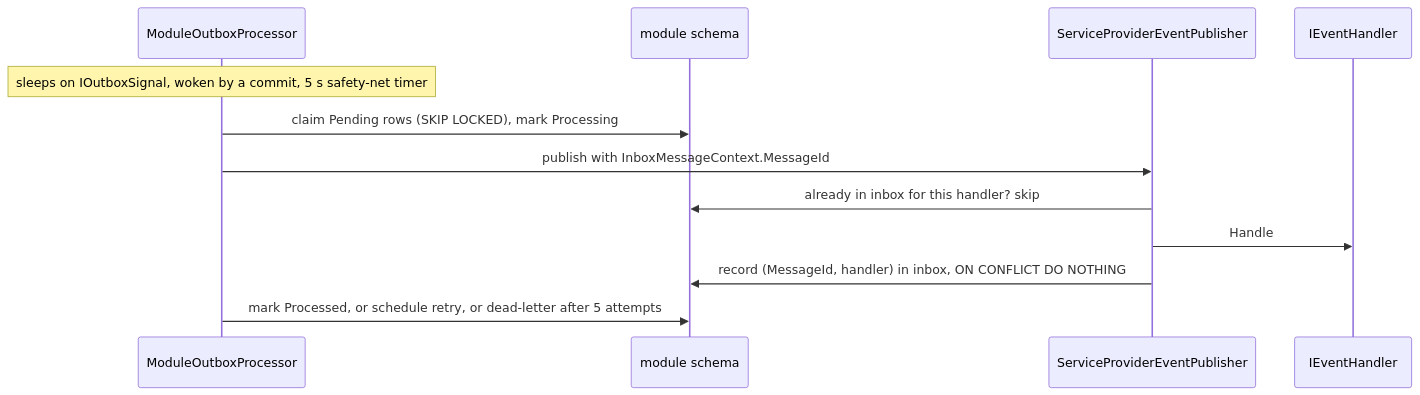
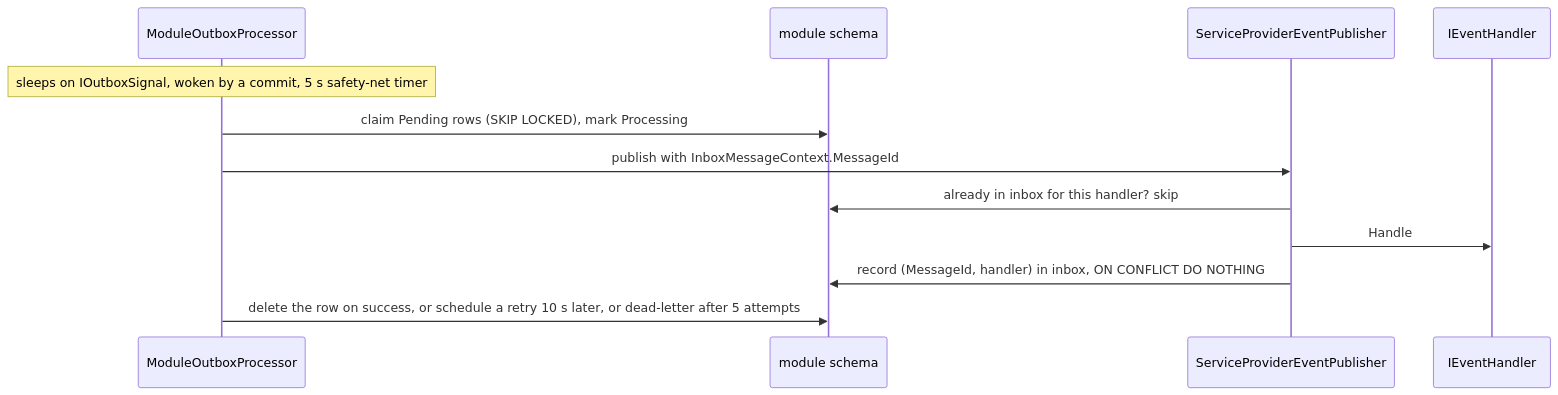
One commit to maysamgamini/crowdfundinghub changed the second of 2 diagrams in src/BuildingBlocks/README.md. Above: the diagram before and after it, drawn with Mermaid. The commit also changed 31 other files, not shown here.

````diff
--- a/src/BuildingBlocks/README.md
+++ b/src/BuildingBlocks/README.md
@@ -45,14 +45,14 @@
 ```mermaid
 sequenceDiagram
     participant P as ModuleOutboxProcessor
     participant Db as module schema
     participant Pub as ServiceProviderEventPublisher
     participant H as IEventHandler
     Note over P: sleeps on IOutboxSignal, woken by a commit, 5 s safety-net timer
     P->>Db: claim Pending rows (SKIP LOCKED), mark Processing
     P->>Pub: publish with InboxMessageContext.MessageId
     Pub->>Db: already in inbox for this handler? skip
     Pub->>H: Handle
     Pub->>Db: record (MessageId, handler) in inbox, ON CONFLICT DO NOTHING
-    P->>Db: mark Processed, or schedule retry, or dead-letter after 5 attempts
+    P->>Db: delete the row on success, or schedule a retry 10 s later, or dead-letter after 5 attempts
 ```
````
